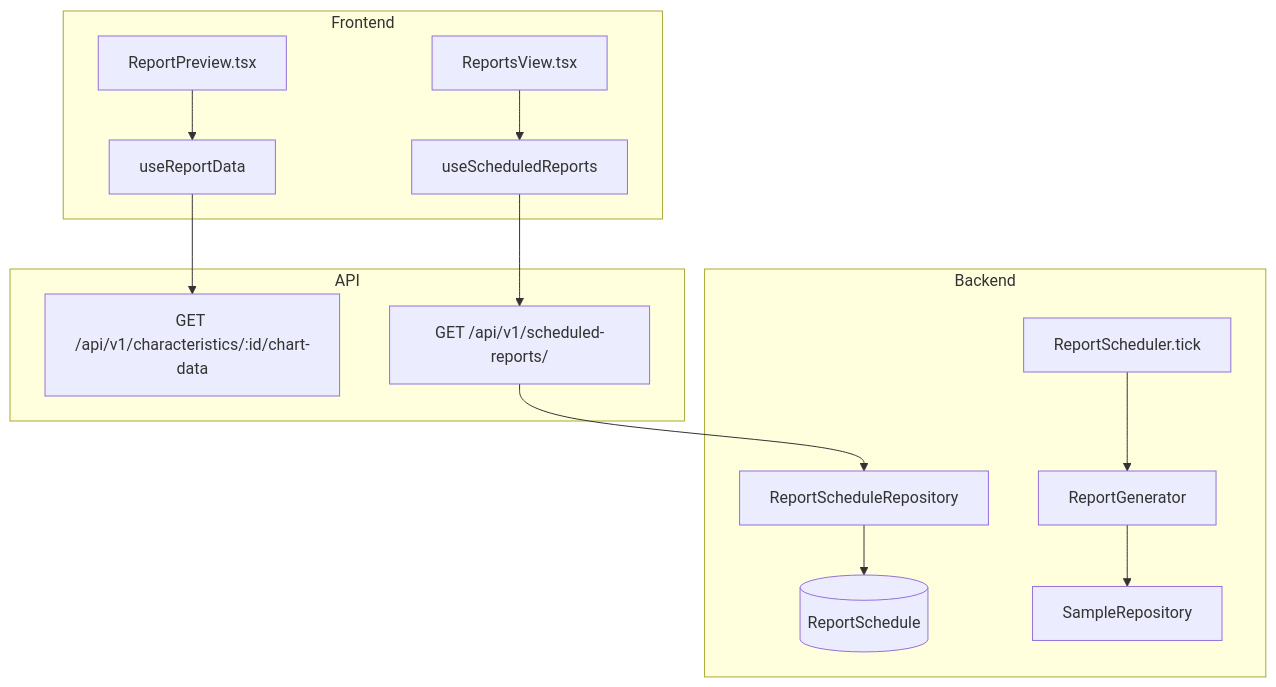
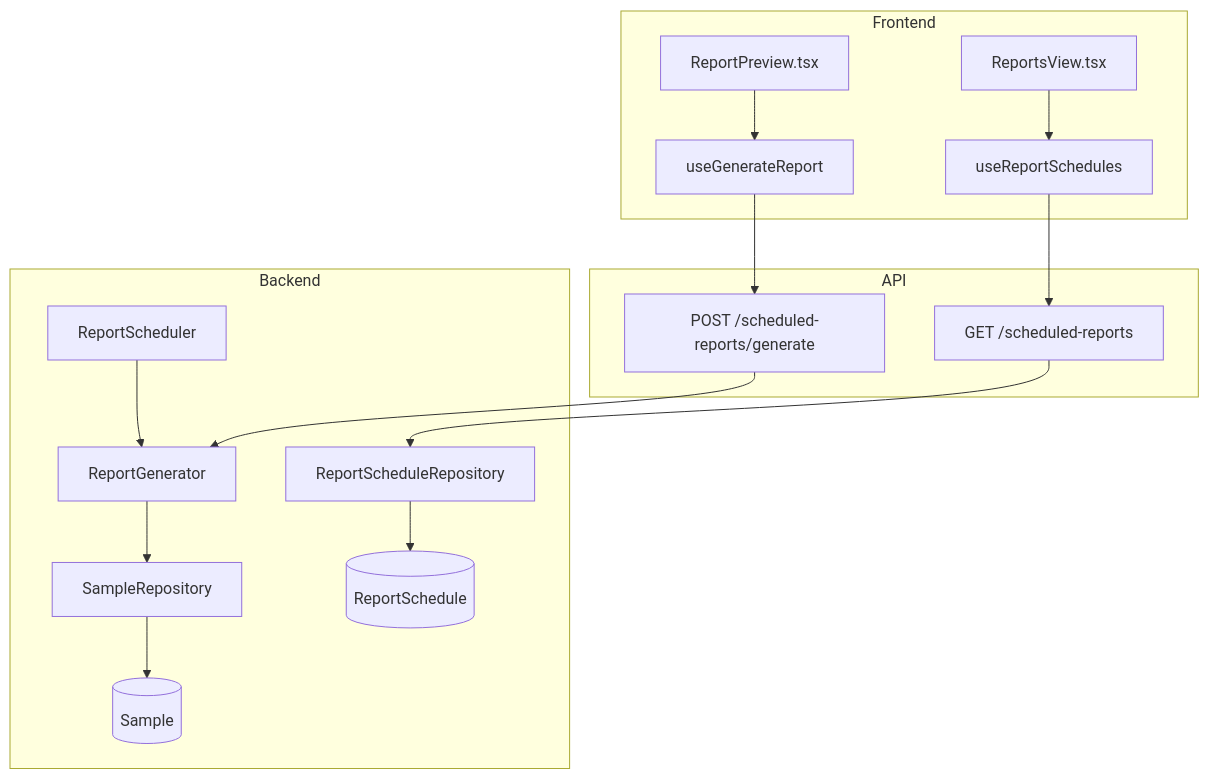
One commit to saturnis-io/cassini changed the first of 2 diagrams in .knowledge/features/reporting.md. Above: the diagram before and after it, drawn with Mermaid. The commit also changed other lines of this file and 16 other files, not shown here.

First line of the commit message:
knowledge-graph: regenerate

````diff
--- a/.knowledge/features/reporting.md
+++ b/.knowledge/features/reporting.md
@@ -5,17 +5,19 @@
 ```mermaid
 flowchart TD
     subgraph Frontend
-        C1[ReportPreview.tsx] --> H1[useReportData]
-        C2[ReportsView.tsx] --> H2[useScheduledReports]
+        C1[ReportPreview.tsx] --> H1[useGenerateReport]
+        C2[ReportsView.tsx] --> H2[useReportSchedules]
     end
     subgraph API
-        H1 --> E1[GET /api/v1/characteristics/:id/chart-data]
-        H2 --> E2[GET /api/v1/scheduled-reports/]
+        H1 --> E1[POST /scheduled-reports/generate]
+        H2 --> E2[GET /scheduled-reports]
     end
     subgraph Backend
-        E2 --> R1[ReportScheduleRepository]
-        R1 --> M1[(ReportSchedule)]
-        S1[ReportScheduler.tick] --> S2[ReportGenerator]
-        S2 --> R2[SampleRepository]
+        E1 --> S1[ReportGenerator]
+        S1 --> R1[SampleRepository]
+        R1 --> M1[(Sample)]
+        E2 --> R2[ReportScheduleRepository]
+        R2 --> M2[(ReportSchedule)]
+        S2[ReportScheduler] --> S1
     end
 ```
````
